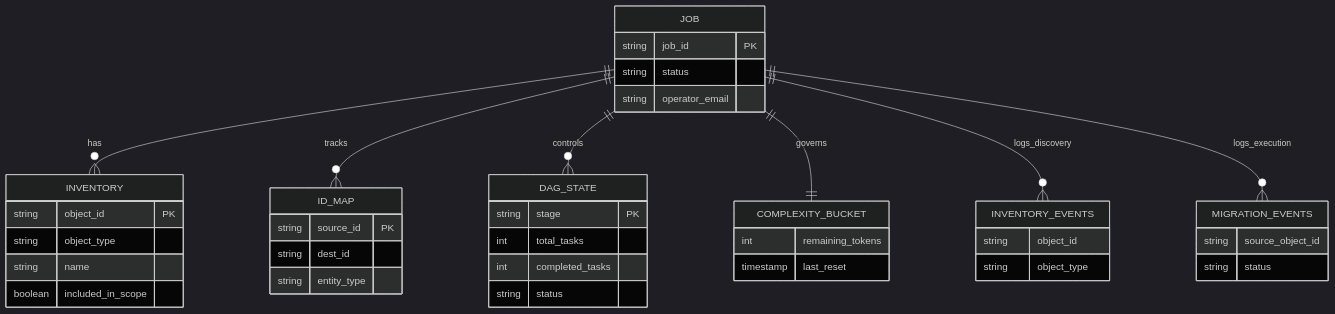
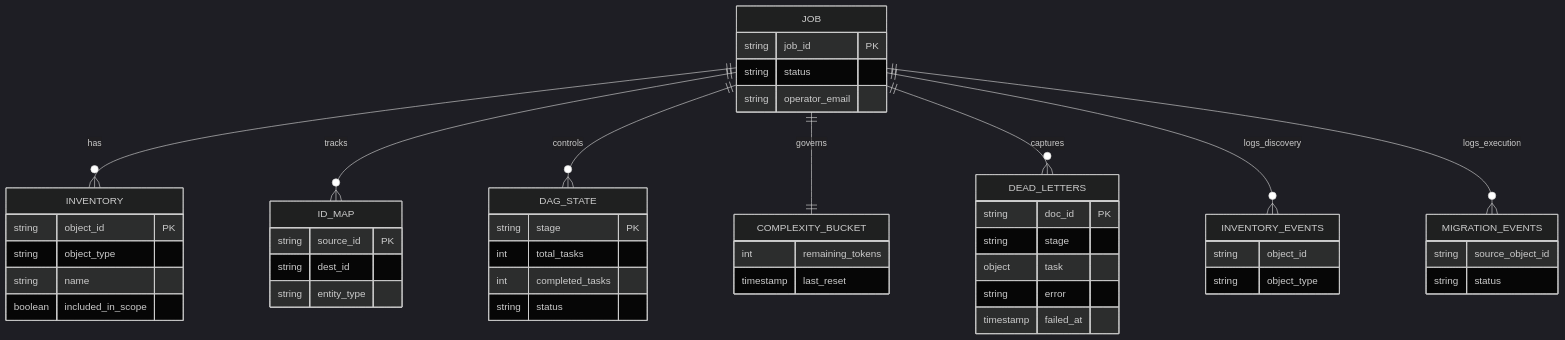
One commit to bensolano/fr-dgtl-monday-account-migration-poc changed the first of 2 diagrams in docs/04-data-models-and-schemas.md. Above: the diagram before and after it, drawn with Mermaid (dark theme). The commit also changed other lines of this file and 4 other files, not shown here.

````diff
--- a/docs/04-data-models-and-schemas.md
+++ b/docs/04-data-models-and-schemas.md
@@ -5,46 +5,54 @@
 ```mermaid
 erDiagram
     JOB ||--o{ INVENTORY : has
     JOB ||--o{ ID_MAP : tracks
     JOB ||--o{ DAG_STATE : controls
     JOB ||--|| COMPLEXITY_BUCKET : governs
+    JOB ||--o{ DEAD_LETTERS : captures
     
     JOB {
         string job_id PK
         string status
         string operator_email
     }
     INVENTORY {
         string object_id PK
         string object_type
         string name
         boolean included_in_scope
     }
     ID_MAP {
         string source_id PK
         string dest_id
         string entity_type
     }
     DAG_STATE {
         string stage PK
         int total_tasks
         int completed_tasks
         string status
     }
     COMPLEXITY_BUCKET {
         int remaining_tokens
         timestamp last_reset
     }
+    DEAD_LETTERS {
+        string doc_id PK
+        string stage
+        object task
+        string error
+        timestamp failed_at
+    }
     
     JOB ||--o{ INVENTORY_EVENTS : logs_discovery
     JOB ||--o{ MIGRATION_EVENTS : logs_execution
     
     INVENTORY_EVENTS {
         string object_id
         string object_type
     }
     MIGRATION_EVENTS {
         string source_object_id
         string status
     }
 ```
````
